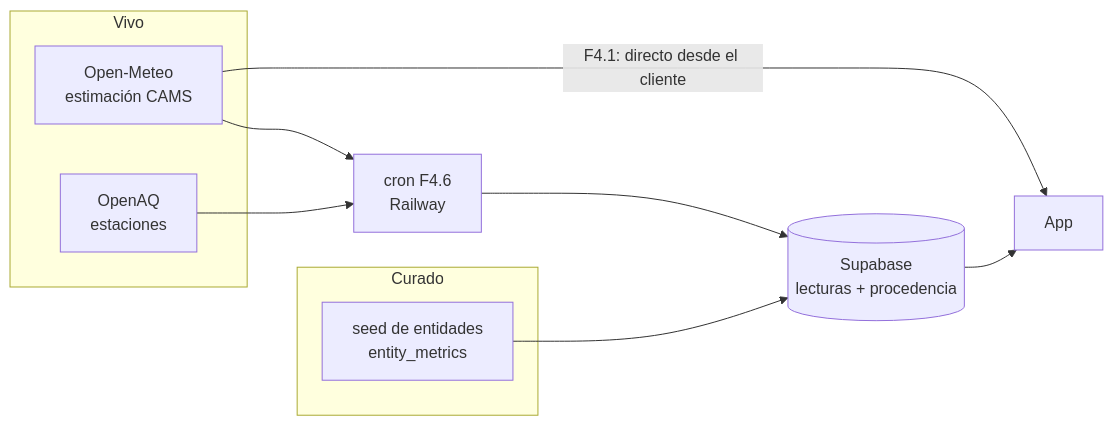
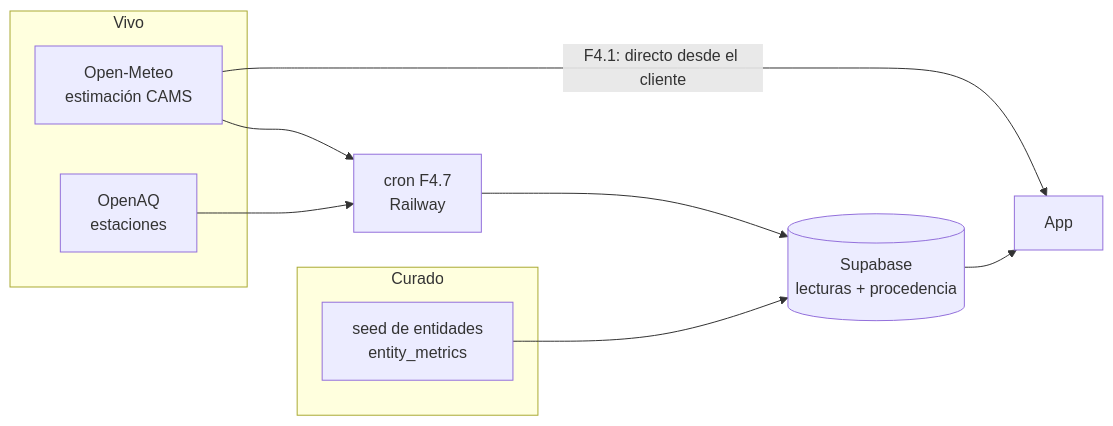
Before and after one commit to ExpeAvomo15/oveng-envhealth: the diagram in docs/08_DATOS_EN_VIVO.md, drawn with Mermaid. The commit also changed other lines of this file and 143 other files, not shown here.

````diff
--- a/docs/08_DATOS_EN_VIVO.md
+++ b/docs/08_DATOS_EN_VIVO.md
@@ -113,20 +113,20 @@
 ```mermaid
 graph LR
     subgraph vivo["Vivo"]
         om["Open-Meteo<br/>estimación CAMS"]
         oaq["OpenAQ<br/>estaciones"]
     end
     subgraph curado["Curado"]
         seed["seed de entidades<br/>entity_metrics"]
     end
-    cron["cron F4.6<br/>Railway"]
+    cron["cron F4.7<br/>Railway"]
     db[("Supabase<br/>lecturas + procedencia")]
     app["App"]
 
     om -->|"F4.1: directo desde el cliente"| app
     om --> cron
     oaq --> cron
     cron --> db
     seed --> db
     db --> app
 ```
````
